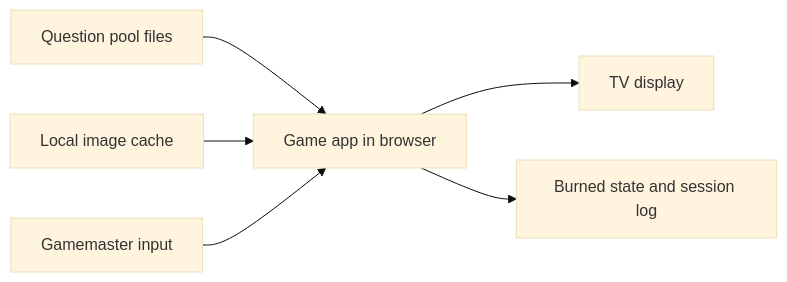
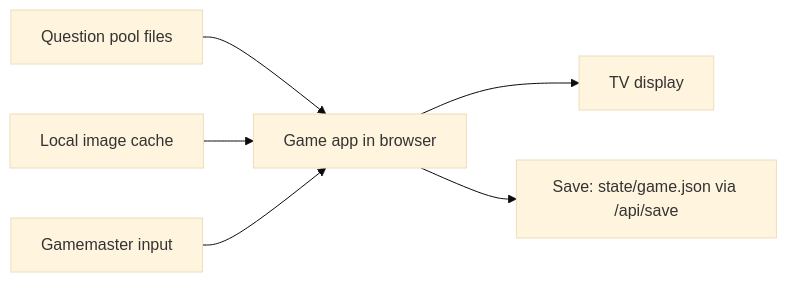
One commit to rubenmoor/trivia changed the diagram in plans/01-architecture.md. Above: the diagram before and after it, drawn with Mermaid (base theme). The commit also changed other lines of this file and 24 other files, not shown here.

````diff
--- a/plans/01-architecture.md
+++ b/plans/01-architecture.md
@@ -8,8 +8,8 @@
 ```mermaid
 flowchart LR
   Pool[Question pool files] --> App[Game app in browser]
   Images[Local image cache] --> App
   App --> TV[TV display]
   GM[Gamemaster input] --> App
-  App --> State[Burned state and session log]
+  App --> State[Save: state/game.json via /api/save]
 ```
````
